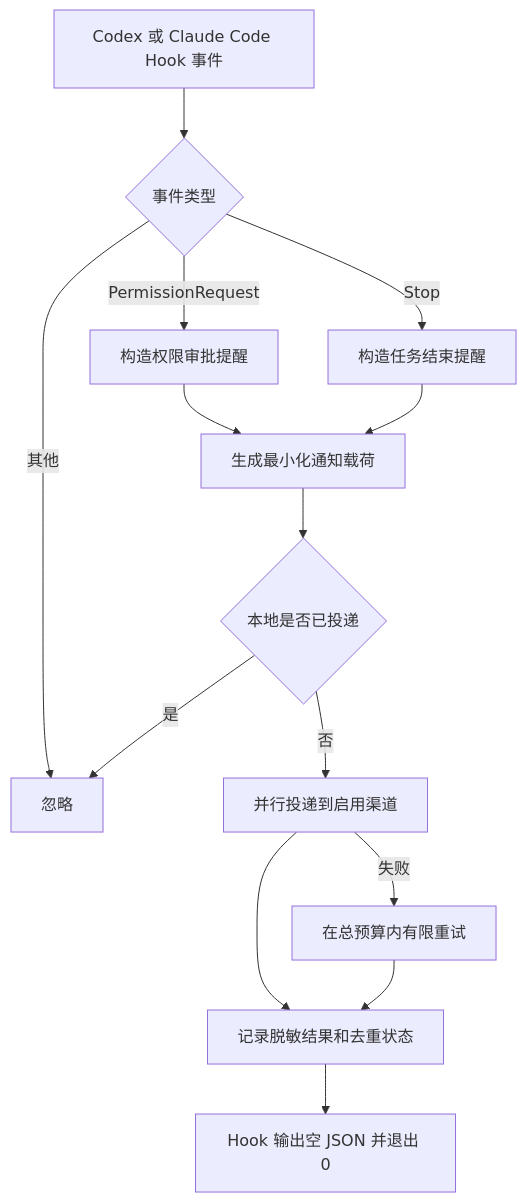
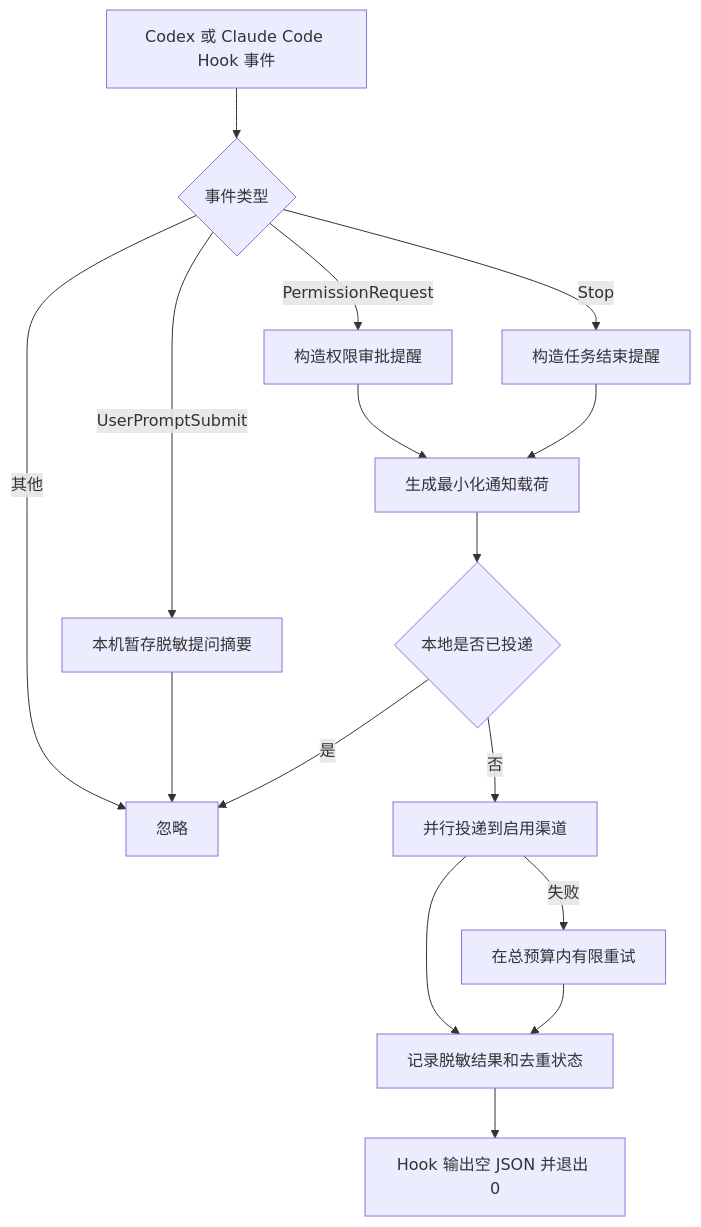
One commit to GotoLu/cx-notifier-marketplace changed the diagram in plugins/cx-plugin/README.md. Above: the diagram before and after it, drawn with Mermaid. The commit also changed other lines of this file and 12 other files, not shown here.

````diff
--- a/plugins/cx-plugin/README.md
+++ b/plugins/cx-plugin/README.md
@@ -20,16 +21,18 @@
 ```mermaid
 flowchart TD
     A[Codex 或 Claude Code Hook 事件] --> B{事件类型}
     B -->|PermissionRequest| C[构造权限审批提醒]
+    B -->|UserPromptSubmit| Q[本机暂存脱敏提问摘要]
     B -->|Stop| D[构造任务结束提醒]
     B -->|其他| Z[忽略]
     C --> E[生成最小化通知载荷]
+    Q --> Z
     D --> E
     E --> F{本地是否已投递}
     F -->|是| Z
     F -->|否| G[并行投递到启用渠道]
     G --> H[记录脱敏结果和去重状态]
     G -->|失败| I[在总预算内有限重试]
     I --> H
     H --> J[Hook 输出空 JSON 并退出 0]
 ```
````
